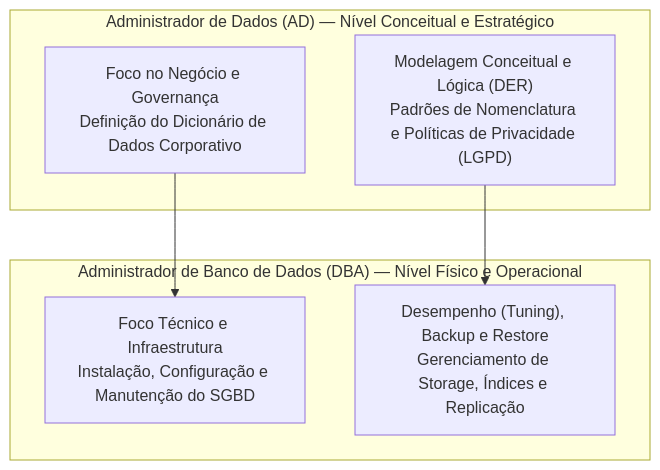
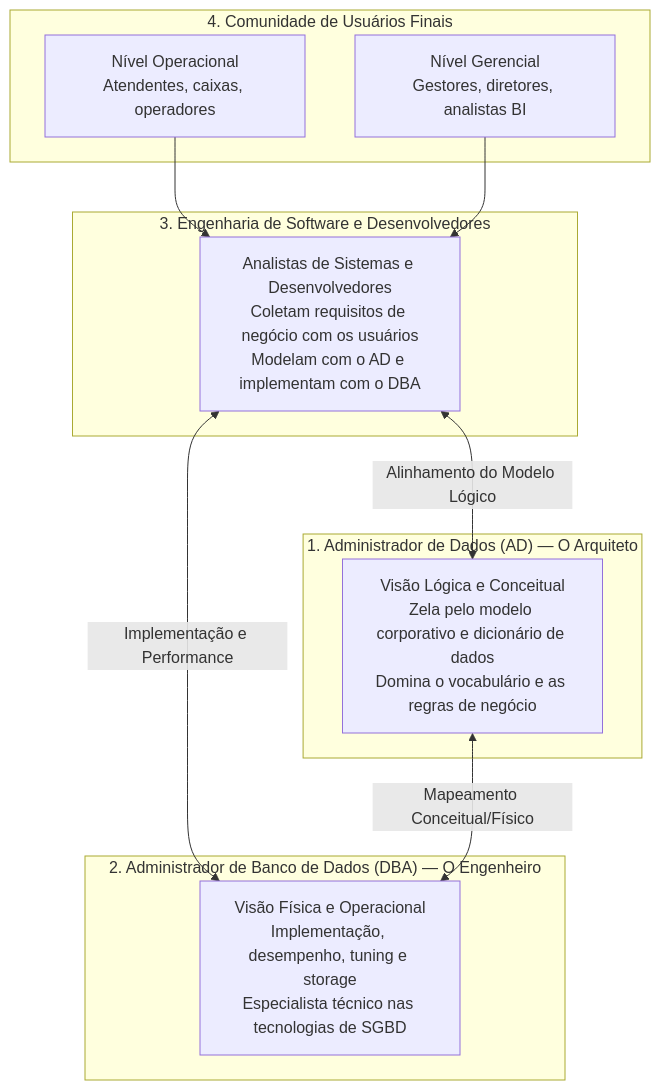
One commit to leorruas/puc changed the third of 3 diagrams in 02. Modelagem de Dados/04. Linguagens de banco de dados e perfis profissionais (ad vs. dba).md. Above: the diagram before and after it, drawn with Mermaid. The commit also changed other lines of this file, not shown here.

Commit message:
feat(modelagem-dados): integrate user lecture notes on DDL/DML, DML types and roles into article 04

````diff
--- a/02. Modelagem de Dados/04. Linguagens de banco de dados e perfis profissionais (ad vs. dba).md
+++ b/02. Modelagem de Dados/04. Linguagens de banco de dados e perfis profissionais (ad vs. dba).md
@@ -121,15 +107,25 @@
 ```mermaid
 flowchart TD
-    subgraph SubgraphAD["Administrador de Dados (AD) — Nível Conceitual e Estratégico"]
-        AD1["Foco no Negócio e Governança<br>Definição do Dicionário de Dados Corporativo"]
-        AD2["Modelagem Conceitual e Lógica (DER)<br>Padrões de Nomenclatura e Políticas de Privacidade (LGPD)"]
+    subgraph SubgraphAD["1. Administrador de Dados (AD) — O Arquiteto"]
+        AD["Visão Lógica e Conceitual<br>Zela pelo modelo corporativo e dicionário de dados<br>Domina o vocabulário e as regras de negócio"]
     end
 
-    subgraph SubgraphDBA["Administrador de Banco de Dados (DBA) — Nível Físico e Operacional"]
-        DBA1["Foco Técnico e Infraestrutura<br>Instalação, Configuração e Manutenção do SGBD"]
-        DBA2["Desempenho (Tuning), Backup e Restore<br>Gerenciamento de Storage, Índices e Replicação"]
+    subgraph SubgraphDBA["2. Administrador de Banco de Dados (DBA) — O Engenheiro"]
+        DBA["Visão Física e Operacional<br>Implementação, desempenho, tuning e storage<br>Especialista técnico nas tecnologias de SGBD"]
     end
 
-    AD1 --> DBA1
-    AD2 --> DBA2
+    subgraph SubgraphDevs["3. Engenharia de Software e Desenvolvedores"]
+        Dev["Analistas de Sistemas e Desenvolvedores<br>Coletam requisitos de negócio com os usuários<br>Modelam com o AD e implementam com o DBA"]
+    end
+
+    subgraph SubgraphUsuarios["4. Comunidade de Usuários Finais"]
+        Op["Nível Operacional<br>Atendentes, caixas, operadores"]
+        Ger["Nível Gerencial<br>Gestores, diretores, analistas BI"]
+    end
+
+    Op --> Dev
+    Ger --> Dev
+    Dev <-->|"Alinhamento do Modelo Lógico"| AD
+    Dev <-->|"Implementação e Performance"| DBA
+    AD <-->|"Mapeamento Conceitual/Físico"| DBA
 ```
````
